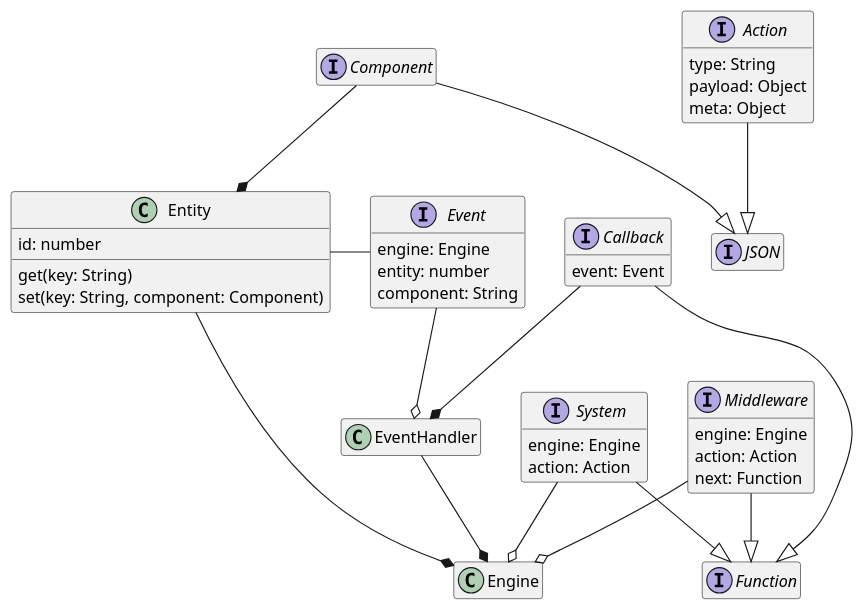
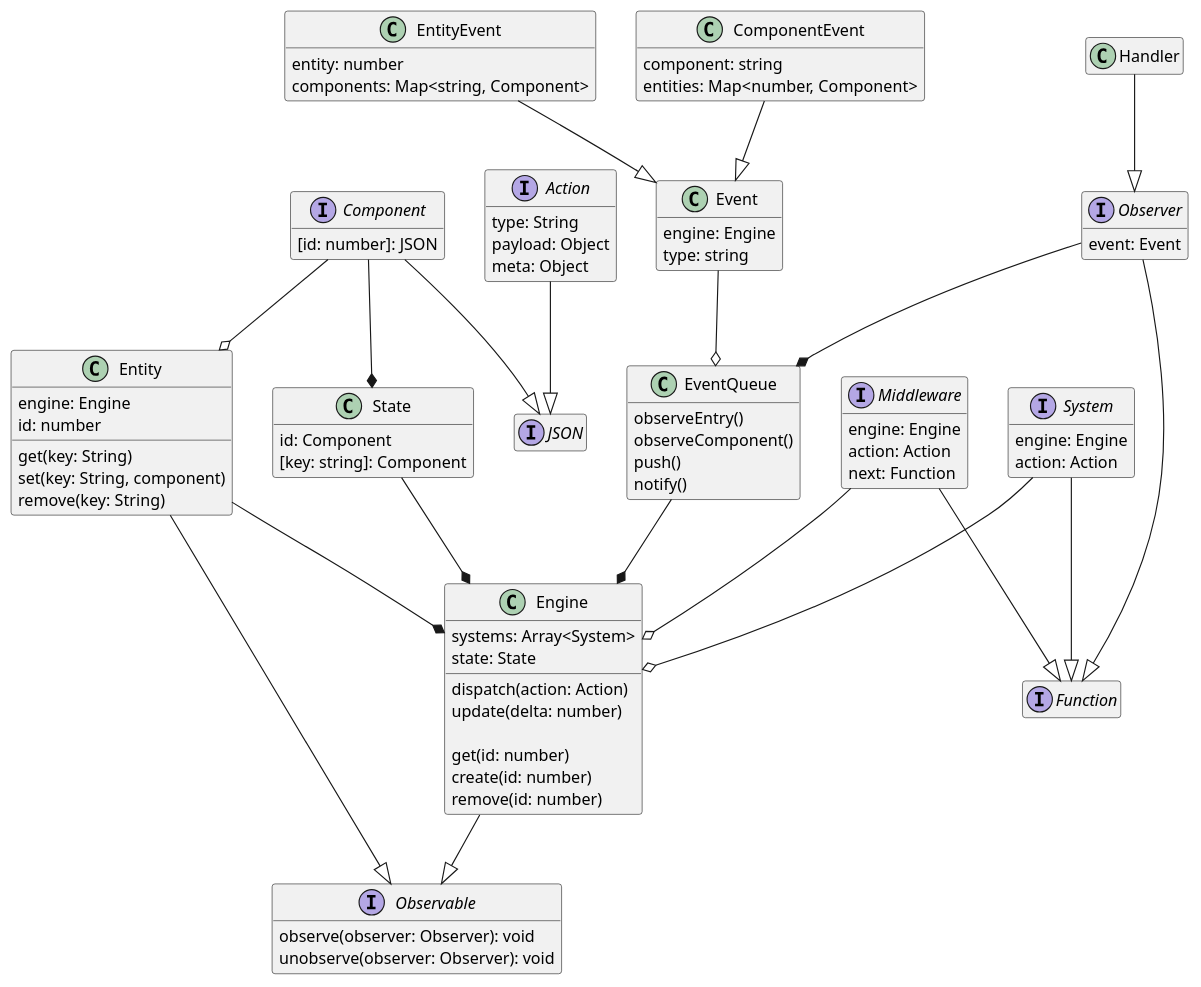
One commit to yoo2001818/ecsalator changed the diagram in doc/class.puml. Above: the diagram before and after it, drawn with PlantUML. The commit also changed 1 other file, not shown here.

Commit message:
Add event handling part on class diagram

```diff
--- a/doc/class.puml
+++ b/doc/class.puml
@@ -1,74 +1,120 @@
 @startuml
 
 hide empty fields
 hide empty methods
 
-interface Event {
-  ' EventHandler collects changes to the components and issues events
-  ' only once for single thing. This schema should be changed if that happens.
-  ' But first, I'll try to implement like this.
+class Event {
   engine: Engine
+  type: string
+}
+
+class ComponentEvent {
+  component: string
+  entities: Map<number, Component>
+}
+
+class EntityEvent {
   entity: number
-  component: String
+  components: Map<string, Component>
 }
+
+ComponentEvent --|> Event
+EntityEvent --|> Event
+
+interface Observable {
+  observe(observer: Observer): void
+  unobserve(observer: Observer): void
+}
+
 interface Action {
   type: String
   payload: Object
   meta: Object
 }
-interface Component
+interface Component {
+  [id: number]: JSON
+}
 interface JSON
 
 Action --|> JSON
 Component --|> JSON
+
+Component --* State
 
 interface Middleware {
   engine: Engine
   action: Action
   next: Function
 }
 interface System {
   ' Systems should be able to set up events, etc. However I don't suppose
   ' That's system's job.
   engine: Engine
   action: Action
 }
-interface Callback {
+interface Observer {
   event: Event
 }
 interface Function
 
 Middleware --|> Function
 System --|> Function
-Callback --|> Function
+Observer --|> Function
+
+class Handler {
+}
+
+Handler --|> Observer
+
+class State {
+  id: Component
+  [key: string]: Component
+}
 
 class Engine {
   ' EventListener add / delete
   ' System add and delete should be done at initalization time
   ' Middleware too
   ' Component too, since Components are managed by the engine.
+  systems: Array<System>
+  state: State
+
+  dispatch(action: Action)
+  update(delta: number)
+
+  get(id: number)
+  create(id: number)
+  remove(id: number)
 }
 
 Middleware --o Engine
 System --o Engine
+Engine --|> Observable
+State --* Engine
 
 class Entity {
+  engine: Engine
   id: number
   get(key: String)
-  set(key: String, component: Component)
+  set(key: String, component)
+  remove(key: String)
 }
 
-Component --* Entity
+Component --o Entity
 Entity --* Engine
-Entity - Event
+Entity --|> Observable
 
-class EventHandler {
-
+class EventQueue {
+  observeEntry()
+  observeComponent()
+  push()
+  notify()
 }
 
-EventHandler --* Engine
-Callback --* EventHandler
-Event --o EventHandler
+EventQueue --* Engine
+Observer --* EventQueue
+Event --o EventQueue
+
 
 
 @enduml
```
